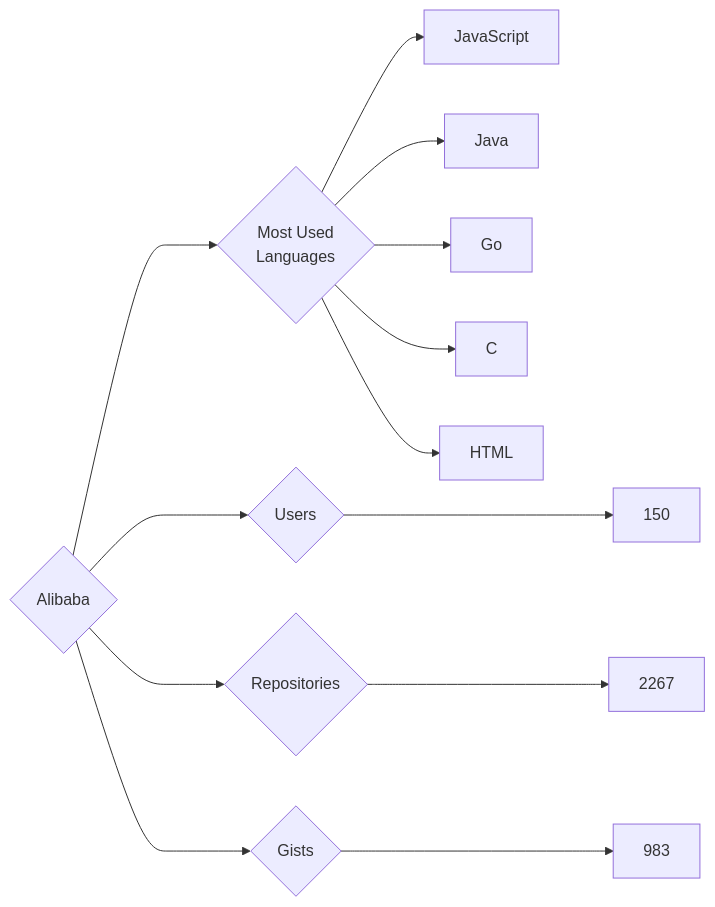
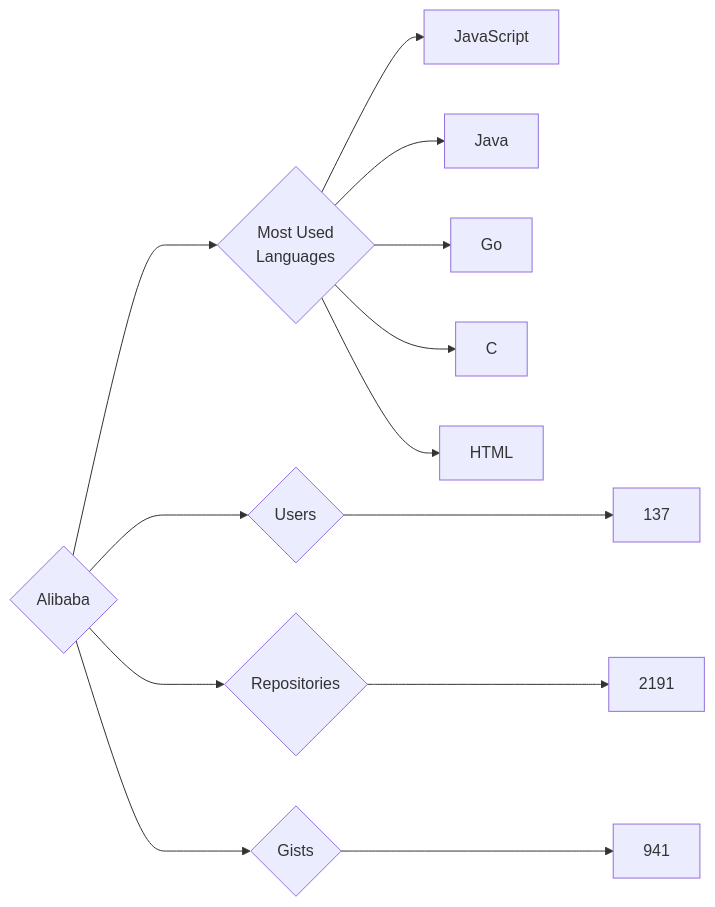
The diagram in targets/Alibaba/README.md (trickest/insiders), drawn with Mermaid before and after one commit. The commit also changed 681 other files, not shown here.

````diff
--- a/targets/Alibaba/README.md
+++ b/targets/Alibaba/README.md
@@ -3,13 +3,13 @@
 ```mermaid
 graph LR
 COMPANY_NAME{Alibaba}
-COMPANY_NAME ---> U{Users} ---> UN[150]
-COMPANY_NAME ---> R{Repositories} ---> RN[2267]
-COMPANY_NAME ---> G{Gists} ---> GN[983]
+COMPANY_NAME ---> U{Users} ---> UN[137]
+COMPANY_NAME ---> R{Repositories} ---> RN[2191]
+COMPANY_NAME ---> G{Gists} ---> GN[941]
 COMPANY_NAME ---> ML{Most Used<br>Languages}
 ML --> JavaScript[JavaScript]
 ML --> Java[Java]
 ML --> Go[Go]
 ML --> C[C]
 ML --> HTML[HTML]
 ```
````
